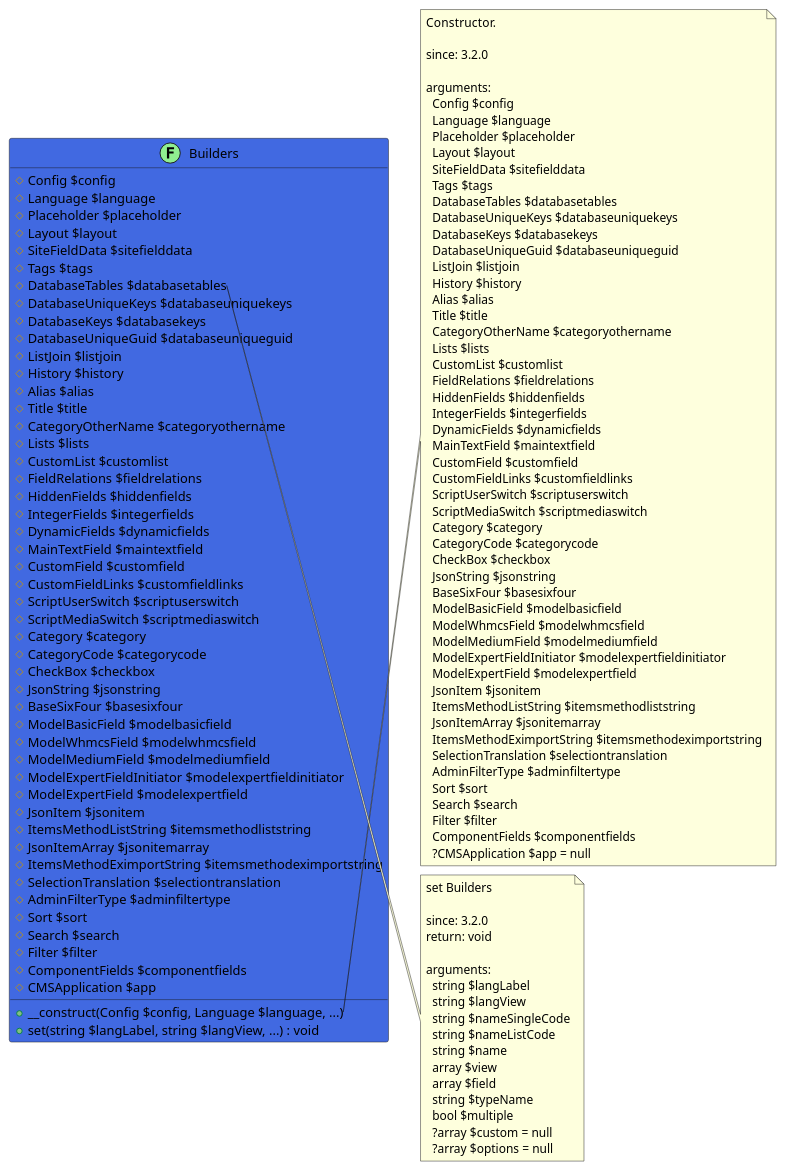
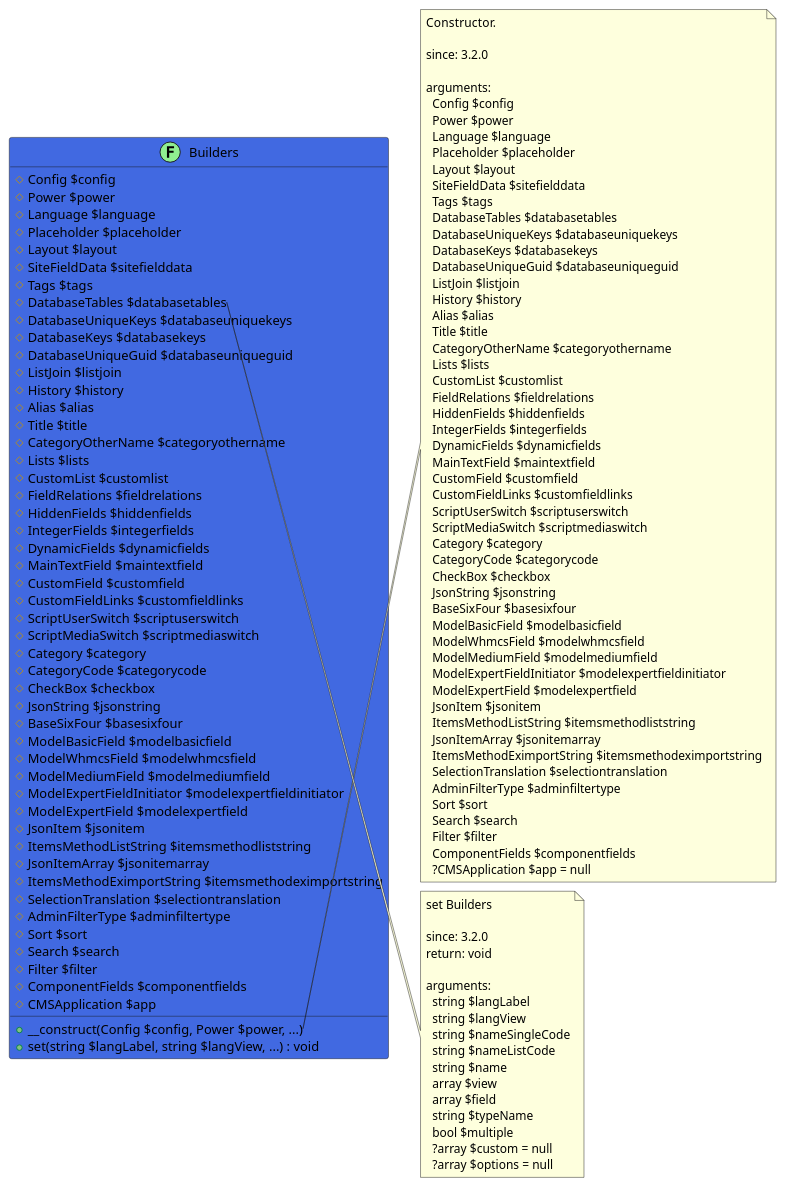
The diagram in src/55278140-80d5-4168-8241-d64515c4b35e/README.md (joomengine/jcb-compiler), drawn with PlantUML before and after one commit. The commit also changed 399 other files, not shown here.

```diff
--- a/src/55278140-80d5-4168-8241-d64515c4b35e/README.md
+++ b/src/55278140-80d5-4168-8241-d64515c4b35e/README.md
@@ -12,6 +12,7 @@
 @startuml
 class Builders << (F,LightGreen) >> #RoyalBlue {
   # Config $config
+  # Power $power
   # Language $language
   # Placeholder $placeholder
   # Layout $layout
@@ -58,7 +59,7 @@
   # Filter $filter
   # ComponentFields $componentfields
   # CMSApplication $app
-  + __construct(Config $config, Language $language, ...)
+  + __construct(Config $config, Power $power, ...)
   + set(string $langLabel, string $langView, ...) : void
 }
 
@@ -69,6 +70,7 @@
   
   arguments:
     Config $config
+    Power $power
     Language $language
     Placeholder $placeholder
     Layout $layout
```
